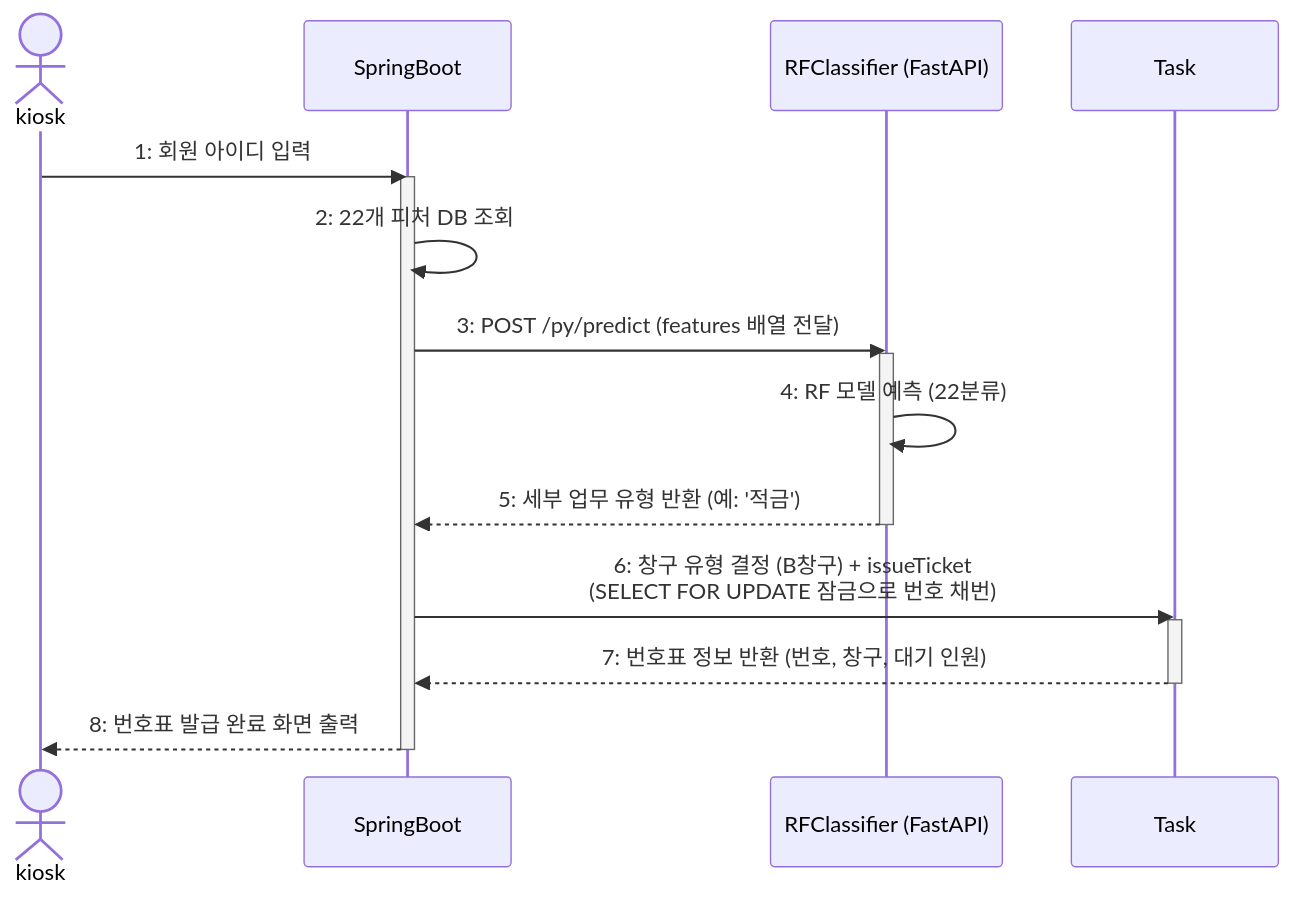
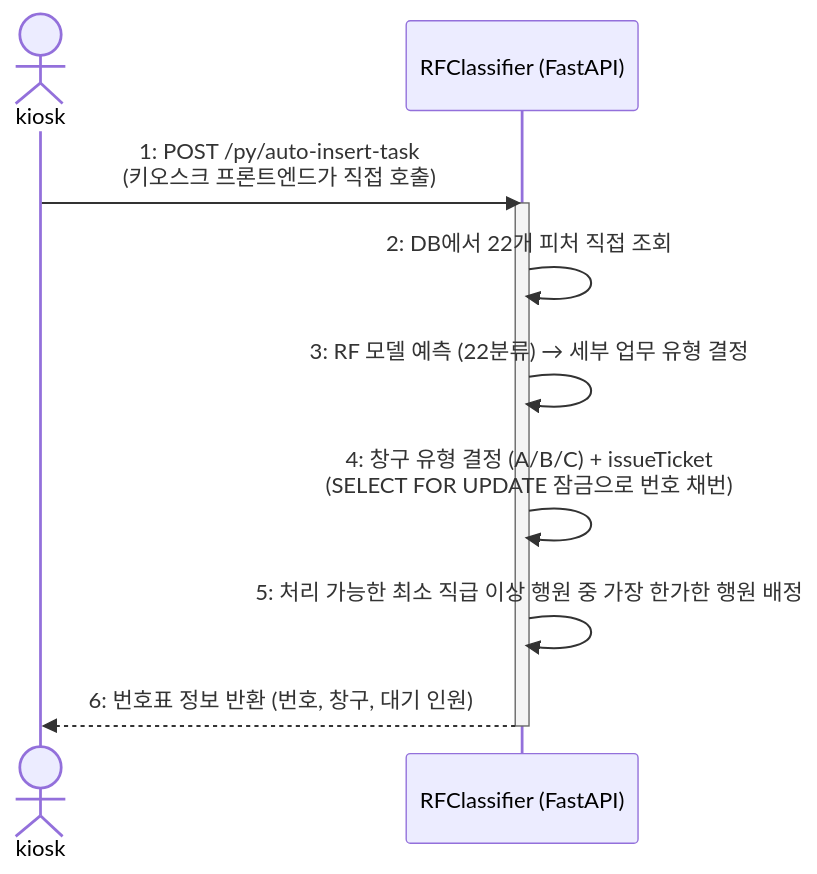
One commit to silversky621/BankScope changed the fifth of 11 diagrams in Design_[21622137_최재영].md. Above: the diagram before and after it, drawn with Mermaid. The commit also changed other lines of this file and 3 other files, not shown here.

````diff
--- a/Design_[21622137_최재영].md
+++ b/Design_[21622137_최재영].md
@@ -391,22 +400,14 @@
 ```mermaid
 sequenceDiagram
     actor kiosk
-    participant SpringBoot
     participant RF as RFClassifier (FastAPI)
-    participant Task
 
-    kiosk->>SpringBoot: 1: 회원 아이디 입력
-    activate SpringBoot
-    SpringBoot->>SpringBoot: 2: 22개 피처 DB 조회
-    SpringBoot->>RF: 3: POST /py/predict (features 배열 전달)
+    kiosk->>RF: 1: POST /py/auto-insert-task<br/>(키오스크 프론트엔드가 직접 호출)
     activate RF
-    RF->>RF: 4: RF 모델 예측 (22분류)
-    RF-->>SpringBoot: 5: 세부 업무 유형 반환 (예: '적금')
+    RF->>RF: 2: DB에서 22개 피처 직접 조회
+    RF->>RF: 3: RF 모델 예측 (22분류) → 세부 업무 유형 결정
+    RF->>RF: 4: 창구 유형 결정 (A/B/C) + issueTicket<br/>(SELECT FOR UPDATE 잠금으로 번호 채번)
+    RF->>RF: 5: 처리 가능한 최소 직급 이상 행원 중 가장 한가한 행원 배정
+    RF-->>kiosk: 6: 번호표 정보 반환 (번호, 창구, 대기 인원)
     deactivate RF
-    SpringBoot->>Task: 6: 창구 유형 결정 (B창구) + issueTicket<br/>(SELECT FOR UPDATE 잠금으로 번호 채번)
-    activate Task
-    Task-->>SpringBoot: 7: 번호표 정보 반환 (번호, 창구, 대기 인원)
-    deactivate Task
-    SpringBoot-->>kiosk: 8: 번호표 발급 완료 화면 출력
-    deactivate SpringBoot
 ```
````
